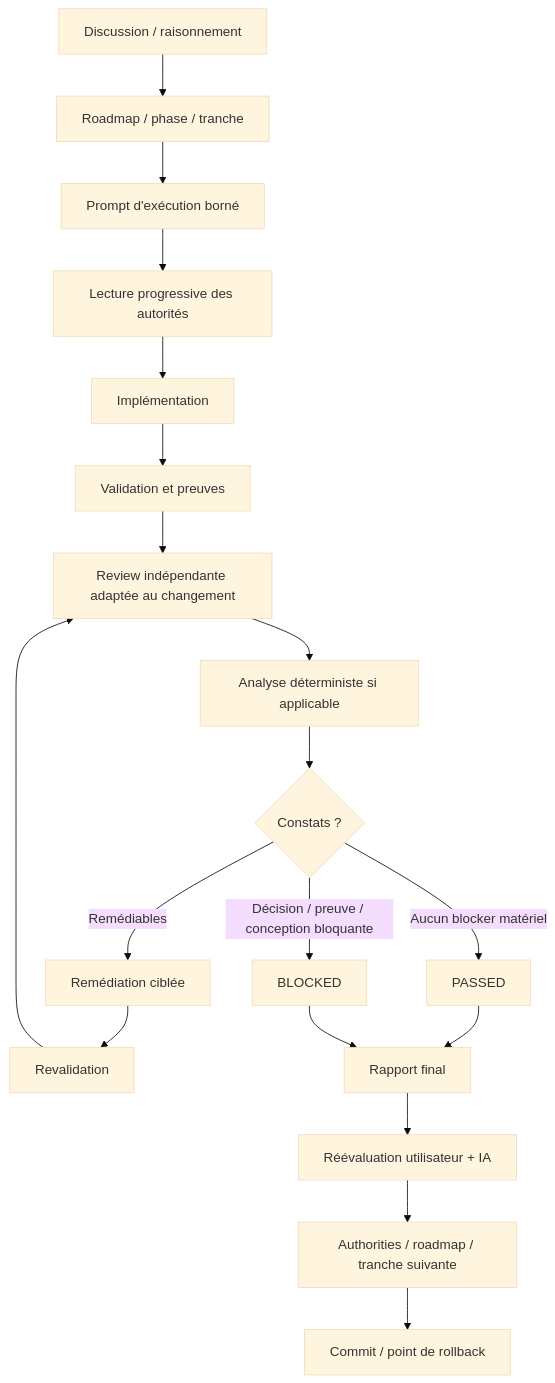
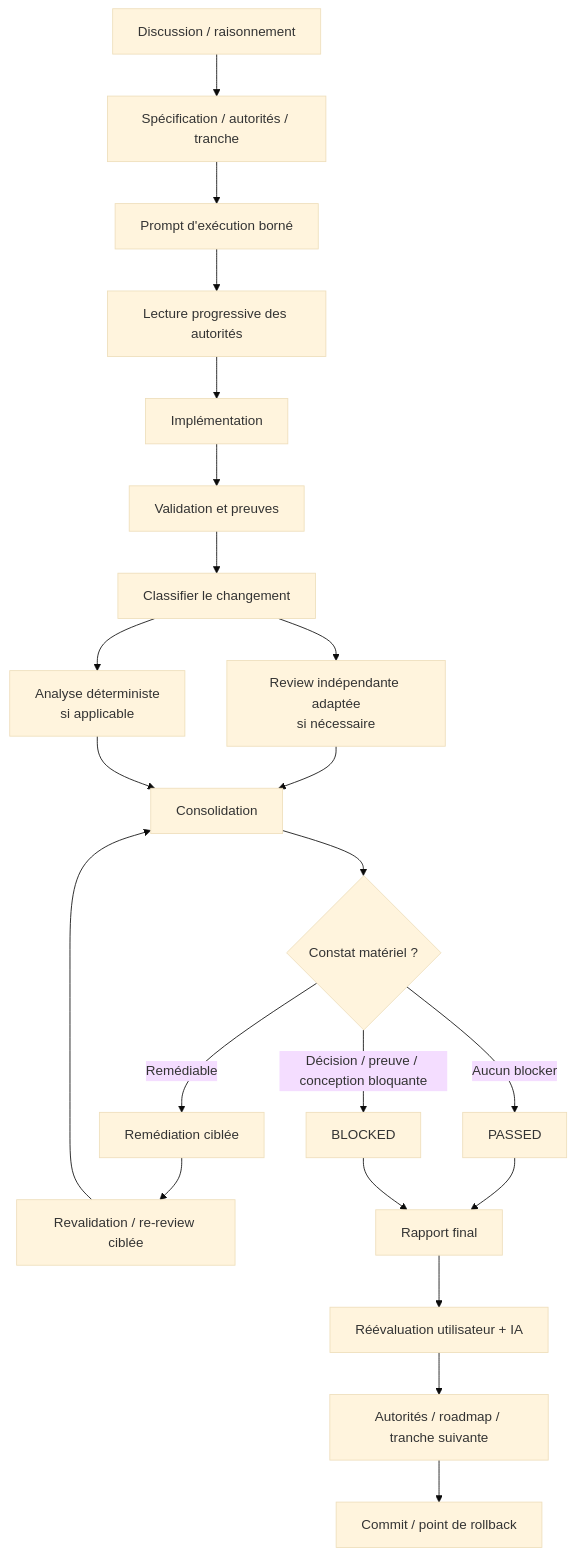
The diagram in README.md (Wavell38/ai-assisted-software-engineering-workflow), drawn with Mermaid (base theme) before and after one commit. The commit also changed other lines of this file and 11 other files, not shown here.

````diff
--- a/README.md
+++ b/README.md
@@ -90,28 +110,31 @@
 ```mermaid
 flowchart TD
-    A[Discussion / raisonnement] --> B[Roadmap / phase / tranche]
+    A[Discussion / raisonnement] --> B[Spécification / autorités / tranche]
     B --> C[Prompt d'exécution borné]
 
     C --> D[Lecture progressive des autorités]
     D --> E[Implémentation]
     E --> F[Validation et preuves]
 
-    F --> G[Review indépendante adaptée au changement]
-    G --> H[Analyse déterministe si applicable]
+    F --> G[Classifier le changement]
+    G --> H[Review indépendante adaptée<br/>si nécessaire]
+    G --> I[Analyse déterministe<br/>si applicable]
 
-    H --> I{Constats ?}
+    H --> J[Consolidation]
+    I --> J
 
-    I -->|Remédiables| J[Remédiation ciblée]
-    J --> K[Revalidation]
-    K --> G
+    J --> K{Constat matériel ?}
+    K -->|Remédiable| L[Remédiation ciblée]
+    L --> M[Revalidation / re-review ciblée]
+    M --> J
 
-    I -->|Aucun blocker matériel| L[PASSED]
-    I -->|Décision / preuve / conception bloquante| M[BLOCKED]
+    K -->|Aucun blocker| N[PASSED]
+    K -->|Décision / preuve / conception bloquante| O[BLOCKED]
 
-    L --> N[Rapport final]
-    M --> N
+    N --> P[Rapport final]
+    O --> P
 
-    N --> O[Réévaluation utilisateur + IA]
-    O --> P[Authorities / roadmap / tranche suivante]
-    P --> Q[Commit / point de rollback]
+    P --> Q[Réévaluation utilisateur + IA]
+    Q --> R[Autorités / roadmap / tranche suivante]
+    R --> S[Commit / point de rollback]
 ```
````
